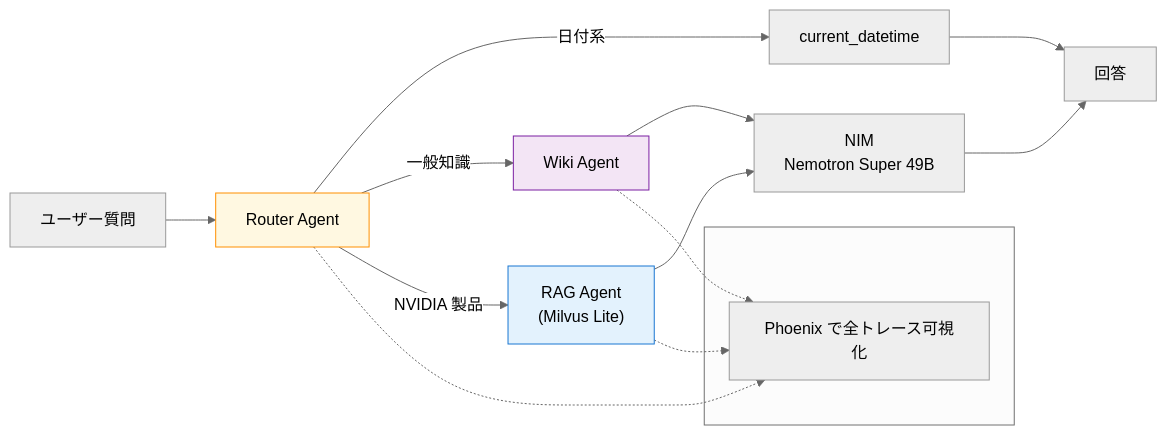
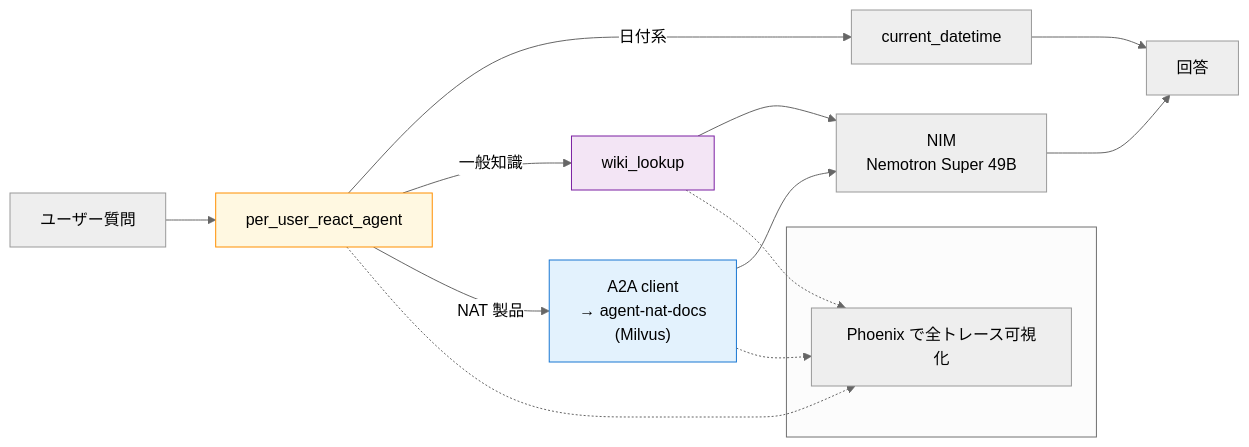
One commit to himorishige/zenn-contents changed the first of 2 diagrams in books/nemo-agent-toolkit-nim-handson/00-intro.md. Above: the diagram before and after it, drawn with Mermaid (neutral theme). The commit also changed other lines of this file and 4 other files, not shown here.

````diff
--- a/books/nemo-agent-toolkit-nim-handson/00-intro.md
+++ b/books/nemo-agent-toolkit-nim-handson/00-intro.md
@@ -34,20 +34,20 @@
 ```mermaid
 graph LR
-    U["ユーザー質問"] --> R["Router Agent"]
+    U["ユーザー質問"] --> R["per_user_react_agent"]
     R -->|日付系| D["current_datetime"]
-    R -->|一般知識| W["Wiki Agent"]
-    R -->|NVIDIA 製品| K["RAG Agent<br/>(Milvus Lite)"]
+    R -->|一般知識| W["wiki_lookup"]
+    R -->|NAT 製品| K["A2A client<br/>→ agent-nat-docs<br/>(Milvus)"]
     W --> LLM1["NIM<br/>Nemotron Super 49B"]
     K --> LLM1
     D --> O["回答"]
     LLM1 --> O
     subgraph Obs[" "]
         P["Phoenix で全トレース可視化"]
     end
     R -.-> P
     W -.-> P
     K -.-> P
     style R fill:#fff8e1,stroke:#ff8f00
     style K fill:#e3f2fd,stroke:#1976d2
     style W fill:#f3e5f5,stroke:#7b1fa2
 ```
````
